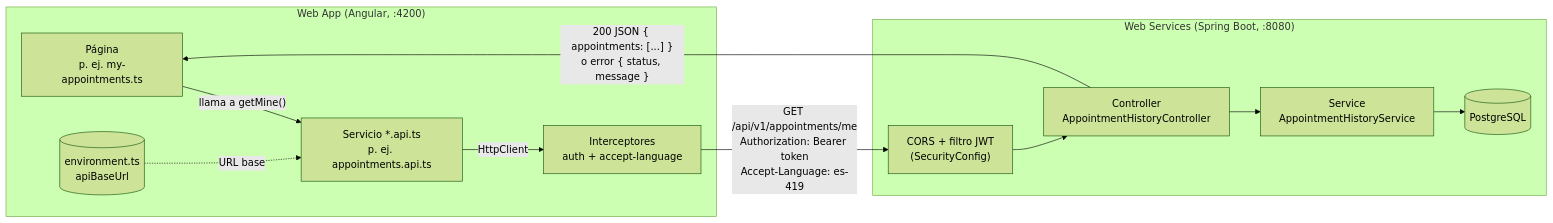
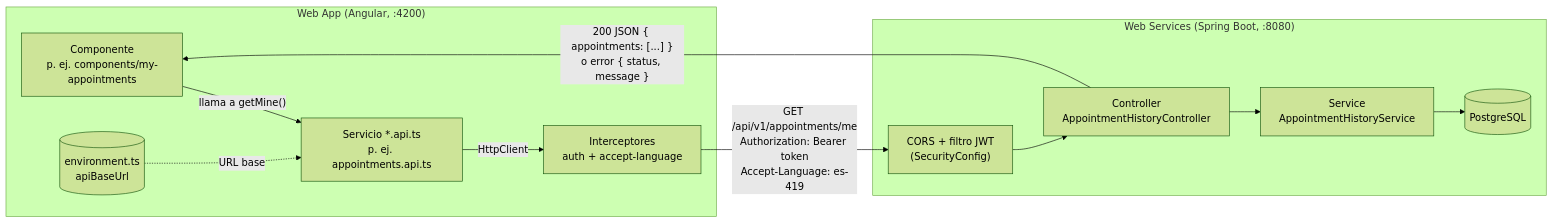
One commit to Ravit18/fisiovital-web-app changed the first of 3 diagrams in README.md. Above: the diagram before and after it, drawn with Mermaid (forest theme). The commit also changed other lines of this file and 70 other files, not shown here.

````diff
--- a/README.md
+++ b/README.md
@@ -26,23 +26,23 @@
 ```mermaid
 flowchart LR
     subgraph WebApp["Web App (Angular, :4200)"]
-        P["Página<br/>p. ej. my-appointments.ts"]
+        P["Componente<br/>p. ej. components/my-appointments"]
         S["Servicio *.api.ts<br/>p. ej. appointments.api.ts"]
         I["Interceptores<br/>auth + accept-language"]
         E[("environment.ts<br/>apiBaseUrl")]
         P -- "llama a getMine()" --> S
         E -. "URL base" .-> S
         S -- "HttpClient" --> I
     end
 
     subgraph Backend["Web Services (Spring Boot, :8080)"]
         C["CORS + filtro JWT<br/>(SecurityConfig)"]
         RC["Controller<br/>AppointmentHistoryController"]
         SV["Service<br/>AppointmentHistoryService"]
         DB[("PostgreSQL")]
         C --> RC --> SV --> DB
     end
 
     I -- "GET /api/v1/appointments/me<br/>Authorization: Bearer token<br/>Accept-Language: es-419" --> C
     RC -- "200 JSON { appointments: [...] }<br/>o error { status, message }" --> P
 ```
````
